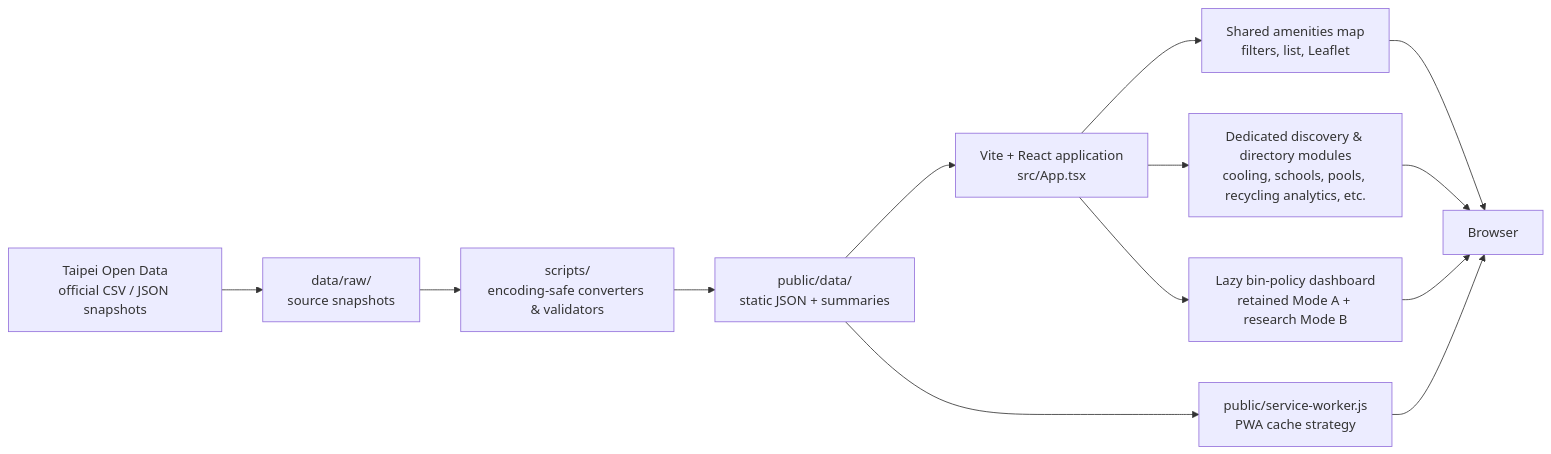
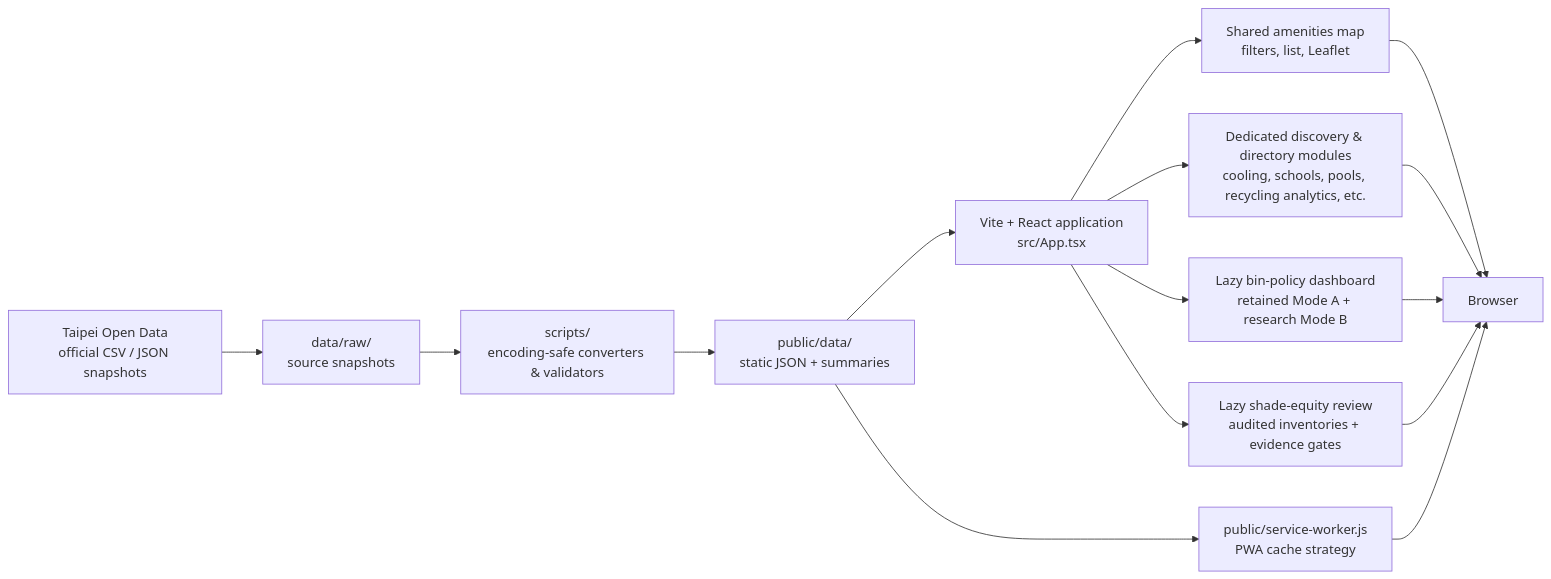
One commit to LEO0331/taipei-bin-map changed the first of 2 diagrams in README.md. Above: the diagram before and after it, drawn with Mermaid. The commit also changed other lines of this file and 88 other files, not shown here.

First line of the commit message:
Keep shade investigations bounded by verifiable public evidence

````diff
--- a/README.md
+++ b/README.md
@@ -19,17 +19,19 @@
 ```mermaid
 flowchart LR
   O["Taipei Open Data<br/>official CSV / JSON snapshots"] --> R["data/raw/<br/>source snapshots"]
   R --> C["scripts/<br/>encoding-safe converters & validators"]
   C --> P["public/data/<br/>static JSON + summaries"]
 
   P --> A["Vite + React application<br/>src/App.tsx"]
   A --> M["Shared amenities map<br/>filters, list, Leaflet"]
   A --> D["Dedicated discovery & directory modules<br/>cooling, schools, pools, recycling analytics, etc."]
   A --> Q["Lazy bin-policy dashboard<br/>retained Mode A + research Mode B"]
+  A --> H["Lazy shade-equity review<br/>audited inventories + evidence gates"]
   M --> B["Browser"]
   D --> B
   Q --> B
+  H --> B
 
   S["public/service-worker.js<br/>PWA cache strategy"] --> B
   P --> S
 ```
````
